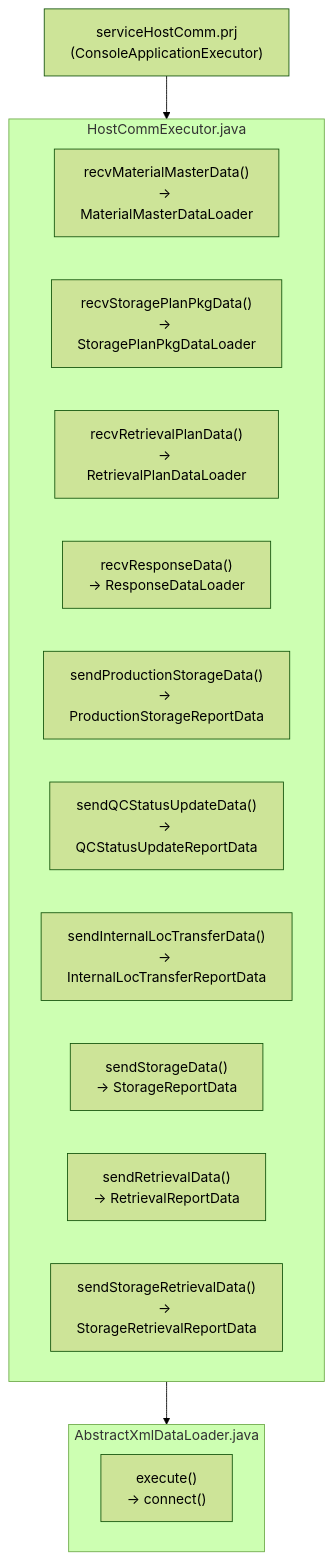
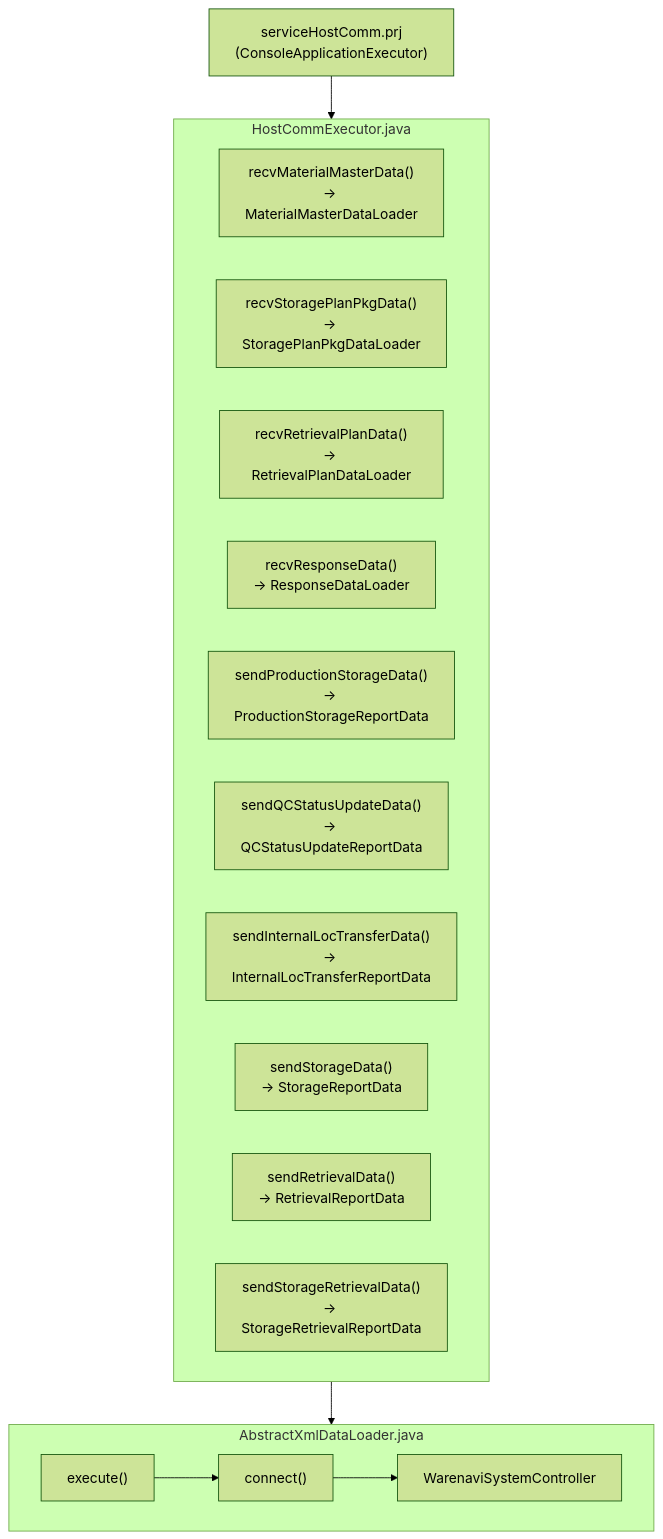
One commit to luthfiadityaa/SimeDarby-Wiki changed the diagram in Basic-Design/Host-Interfaces.md. Above: the diagram before and after it, drawn with Mermaid (forest theme).

Commit message:
Updated Host Interfaces

```diff
--- a/Basic-Design/Host-Interfaces.md
+++ b/Basic-Design/Host-Interfaces.md
@@ -30,25 +30,30 @@
 ::: mermaid
 flowchart TD
         C1["serviceHostComm.prj<br>(ConsoleApplicationExecutor)"]           
         C1 --> HostCommExecutor.java
         AbstractXmlDataLoader.java
         HostCommExecutor.java --> AbstractXmlDataLoader.java
 
 subgraph HostCommExecutor.java
         C2["recvMaterialMasterData()<br>→ MaterialMasterDataLoader"]
         C3["recvStoragePlanPkgData()<br>→ StoragePlanPkgDataLoader"]
         C4["recvRetrievalPlanData()<br>→ RetrievalPlanDataLoader"]
         C5["recvResponseData()<br>→ ResponseDataLoader"]
         C6["sendProductionStorageData()<br>→ ProductionStorageReportData"]
         C7["sendQCStatusUpdateData()<br>→ QCStatusUpdateReportData"]
         C8["sendInternalLocTransferData()<br>→ InternalLocTransferReportData"]
         C9["sendStorageData()<br>→ StorageReportData"]
         C10["sendRetrievalData()<br>→ RetrievalReportData"]
         C11["sendStorageRetrievalData()<br>→ StorageRetrievalReportData"]
 end
 
 subgraph AbstractXmlDataLoader.java
-        C12["execute()<br>→ connect()"]
+        C12["execute()"]
+        C13["connect()"]
+        C14["WarenaviSystemController"]
+
+        C12 --> C13 --> C14
+        
 end
 
 :::
```
